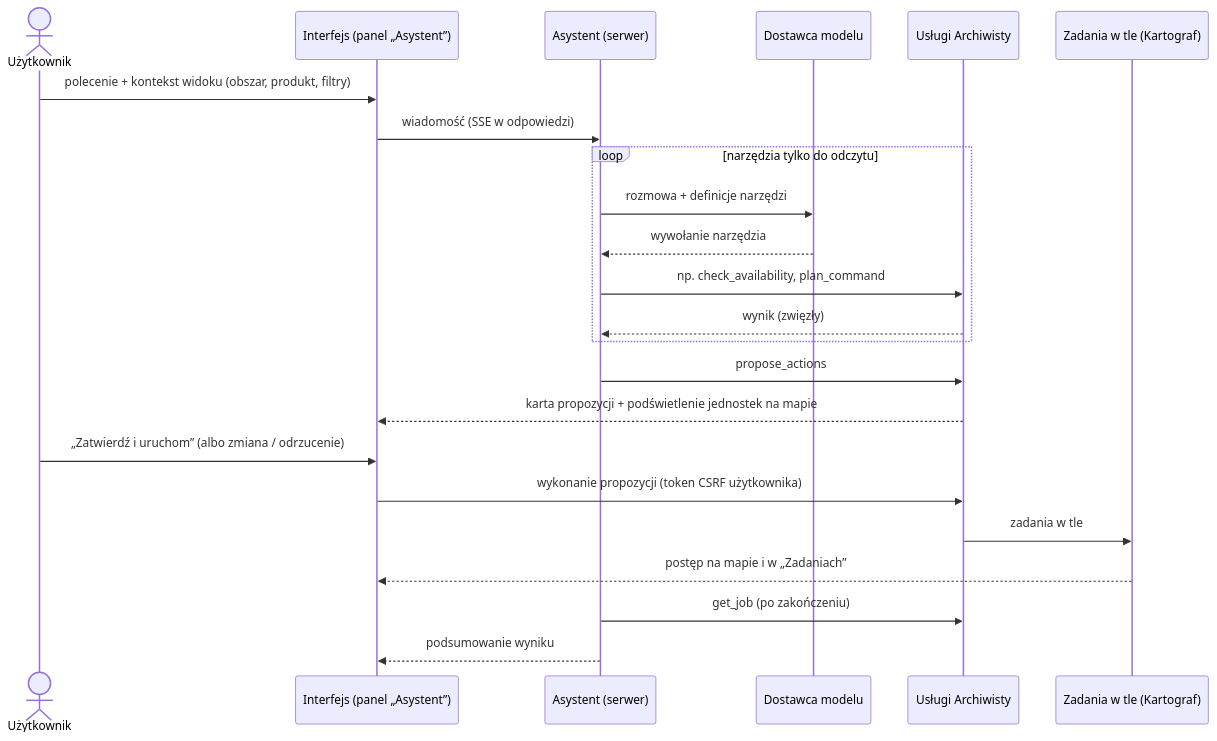
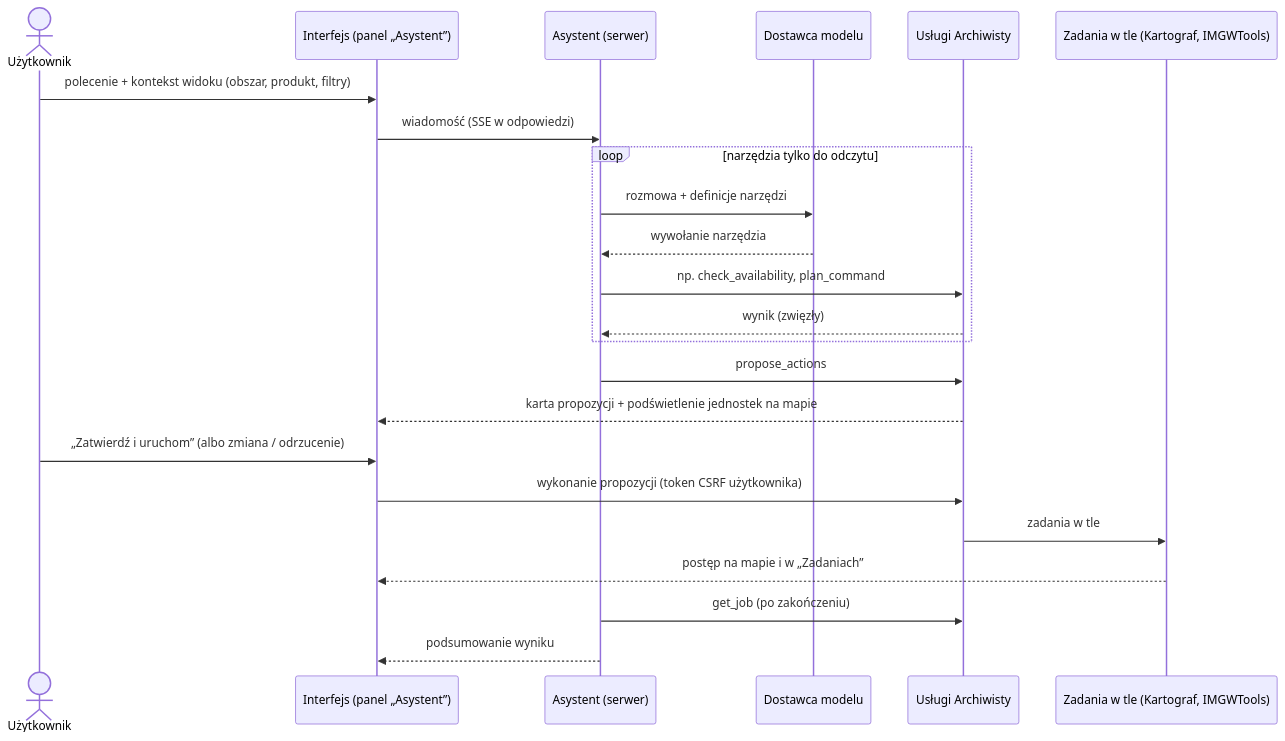
One commit to Daldek/Archiwista changed the second of 2 diagrams in docs/SPEC.md. Above: the diagram before and after it, drawn with Mermaid. The commit also changed other lines of this file and 1 other file, not shown here.

First line of the commit message:
docs(spec): dane IMGW - model, wymagania wobec IMGWTools, interfejs, API i roadmapa v0.9

````diff
--- a/docs/SPEC.md
+++ b/docs/SPEC.md
@@ -1084,25 +1649,25 @@
 ```mermaid
 sequenceDiagram
   actor U as Użytkownik
   participant UI as Interfejs (panel „Asystent”)
   participant AS as Asystent (serwer)
   participant M as Dostawca modelu
   participant API as Usługi Archiwisty
-  participant J as Zadania w tle (Kartograf)
+  participant J as Zadania w tle (Kartograf, IMGWTools)
   U->>UI: polecenie + kontekst widoku (obszar, produkt, filtry)
   UI->>AS: wiadomość (SSE w odpowiedzi)
   loop narzędzia tylko do odczytu
     AS->>M: rozmowa + definicje narzędzi
     M-->>AS: wywołanie narzędzia
     AS->>API: np. check_availability, plan_command
     API-->>AS: wynik (zwięzły)
   end
   AS->>API: propose_actions
   API-->>UI: karta propozycji + podświetlenie jednostek na mapie
   U->>UI: „Zatwierdź i uruchom” (albo zmiana / odrzucenie)
   UI->>API: wykonanie propozycji (token CSRF użytkownika)
   API->>J: zadania w tle
   J-->>UI: postęp na mapie i w „Zadaniach”
   AS->>API: get_job (po zakończeniu)
   AS-->>UI: podsumowanie wyniku
 ```
````
